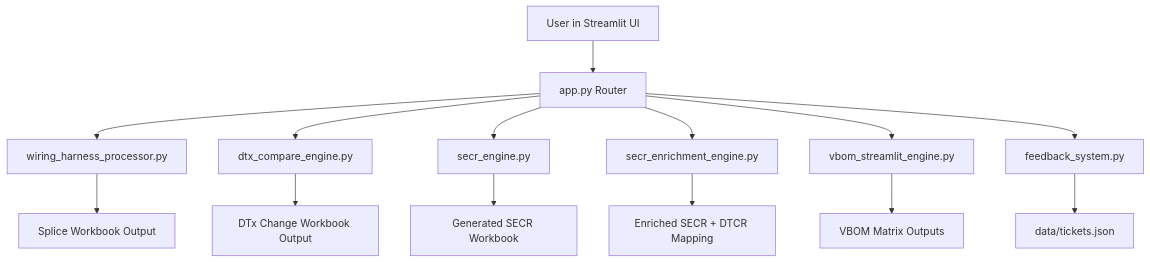
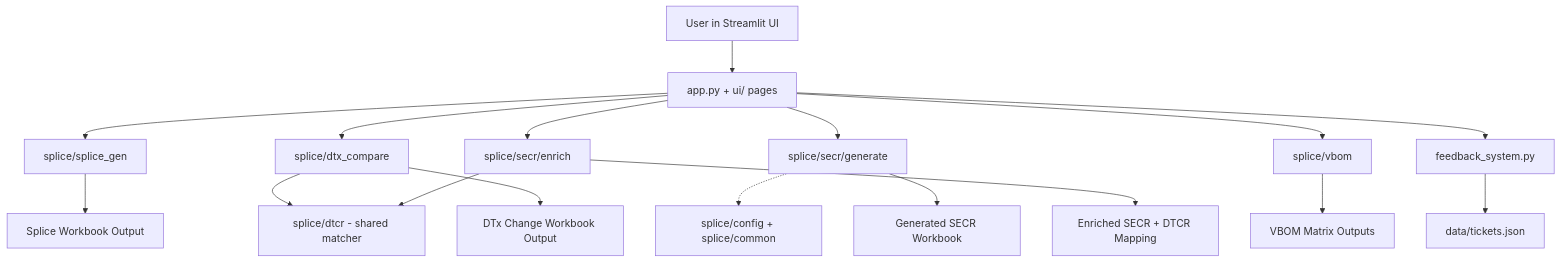
The diagram in docs/ARCHITECTURE.md (Jaramillo35/SpliceApp), drawn with Mermaid before and after one commit. The commit also changed other lines of this file and 1 other file, not shown here.

Commit message:
docs: correct stale test/CI claims and module paths after refactor
- README/ARCHITECTURE no longer claim a pytest suite + GitHub Actions CI exist
  (both were removed in 926b51e); replaced with an honest Verification section
  describing manual + headless-engine verification.
- Update the AI-agent entry-point table and the architecture diagram to the new
  splice/ package paths (splice_gen, dtx_compare, secr, vbom, dtcr) and document
  the Streamlit-free-core layering rule.

````diff
--- a/docs/ARCHITECTURE.md
+++ b/docs/ARCHITECTURE.md
@@ -7,17 +7,21 @@
 ```mermaid
 flowchart TD
-    A[User in Streamlit UI] --> B[app.py Router]
-    B --> C[wiring_harness_processor.py]
-    B --> D[dtx_compare_engine.py]
-    B --> E[secr_engine.py]
-    B --> F[secr_enrichment_engine.py]
-    B --> G[vbom_streamlit_engine.py]
+    A[User in Streamlit UI] --> B[app.py + ui/ pages]
+    B --> C[splice/splice_gen]
+    B --> D[splice/dtx_compare]
+    B --> E[splice/secr/generate]
+    B --> F[splice/secr/enrich]
+    B --> G[splice/vbom]
     B --> H[feedback_system.py]
+
+    D --> DTCR[splice/dtcr - shared matcher]
+    F --> DTCR
+    E -.-> CFG[splice/config + splice/common]
 
     C --> O1[Splice Workbook Output]
     D --> O2[DTx Change Workbook Output]
     E --> O3[Generated SECR Workbook]
     F --> O4[Enriched SECR + DTCR Mapping]
     G --> O5[VBOM Matrix Outputs]
     H --> O6[data/tickets.json]
 ```
````
